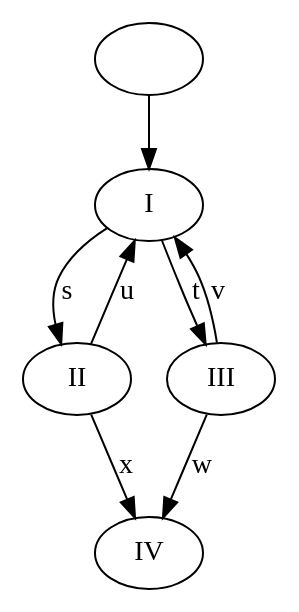
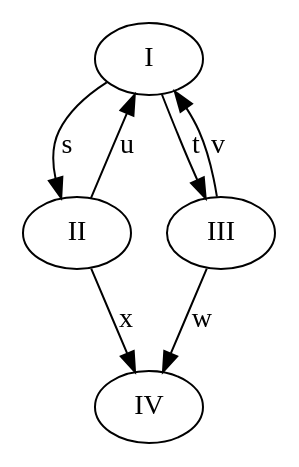
Before and after one commit to Isotactics/deciding-isotactics: the diagram in isotactics/resources/m2.dot, drawn with Graphviz. The commit also changed 8 other files, not shown here.

First line of the commit message:
Refactoring:   * typedefs von Graph und WitnessGraph in die Namespaces reingezogen

```diff
--- a/isotactics/resources/m2.dot
+++ b/isotactics/resources/m2.dot
@@ -1,9 +1,11 @@
 digraph {
-  ""  -> I    [label="", lowlink="0"];
+  I [role="start"]
+  IV [role="end"]
+
   I   -> II   [label="s", lowlink="0"];
   I   -> III  [label="t", lowlink="0"];
   II  -> I    [label="u", lowlink="0"];
   II  -> IV   [label="x", lowlink="0"];
   III -> I    [label="v", lowlink="0"];
   III -> IV   [label="w", lowlink="0"];
 }
```
